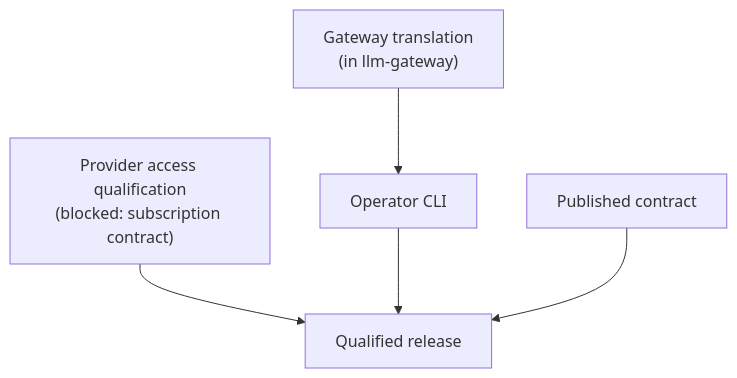
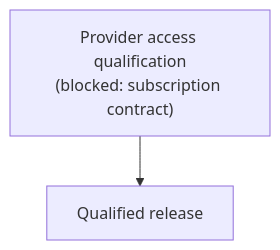
One commit to beyond10x/llm changed the diagram in website/docs/status/roadmap.md. Above: the diagram before and after it, drawn with Mermaid. The commit also changed other lines of this file and 13 other files, not shown here.

````diff
--- a/website/docs/status/roadmap.md
+++ b/website/docs/status/roadmap.md
@@ -40,7 +37,4 @@
 ```mermaid
 flowchart TD
-  T["Gateway translation<br/>(in llm-gateway)"] --> C["Operator CLI"]
   A["Provider access qualification<br/>(blocked: subscription contract)"] --> Q["Qualified release"]
-  C --> Q
-  R["Published contract"] --> Q
 ```
````
